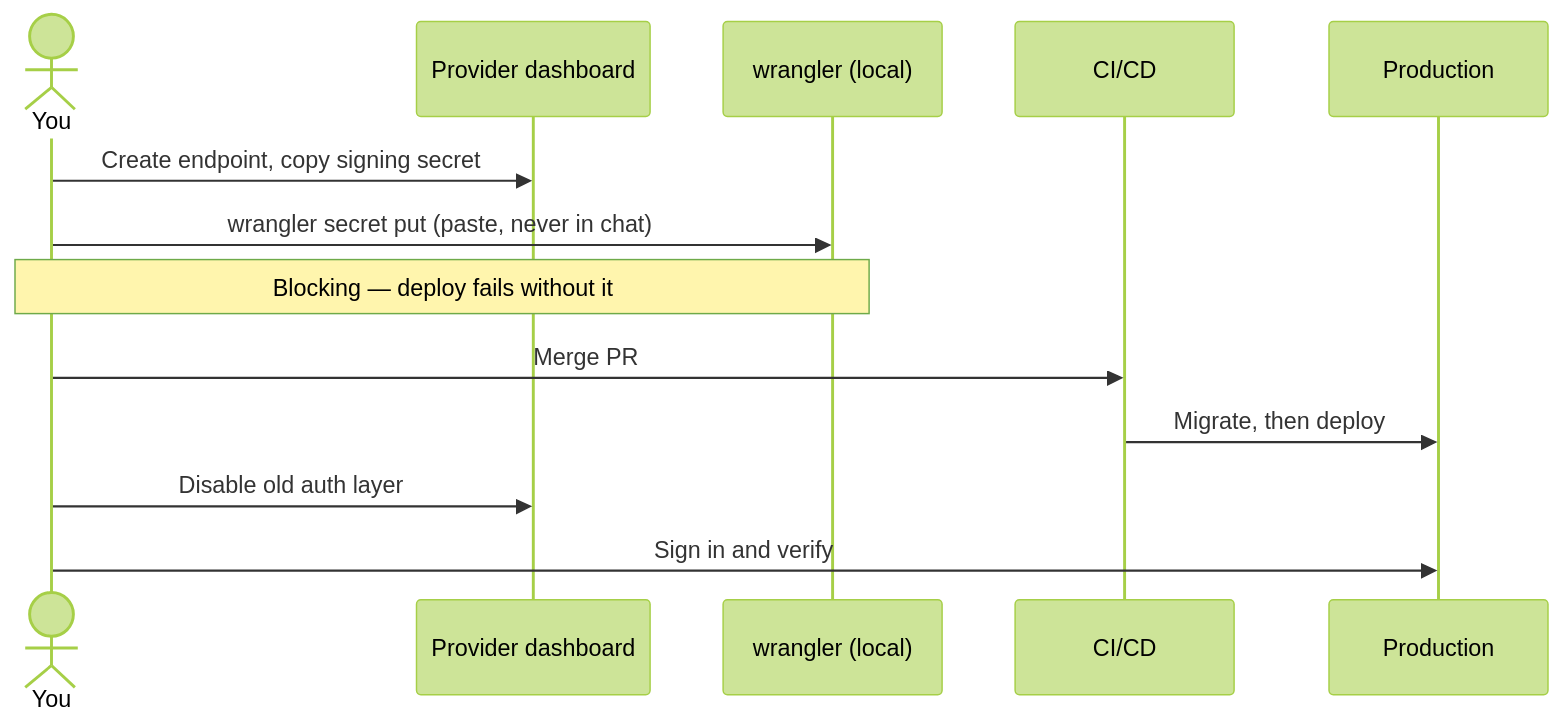
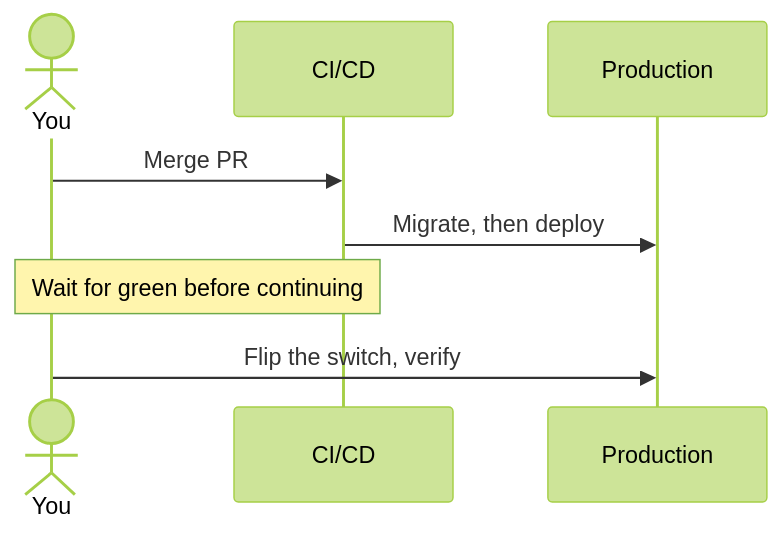
Before and after one commit to gustaw-beznicki/Home-dashboard: the first of 2 diagrams in .claude/skills/manual-steps/SKILL.md, drawn with Mermaid (forest theme). The commit also changed other lines of this file and 2 other files, not shown here.

First line of the commit message:
Make manual-steps write runbooks to a file instead of chat

````diff
--- a/.claude/skills/manual-steps/SKILL.md
+++ b/.claude/skills/manual-steps/SKILL.md
@@ -68,16 +110,11 @@
 ```mermaid
 sequenceDiagram
     actor U as You
-    participant P as Provider dashboard
-    participant CLI as wrangler (local)
     participant CI as CI/CD
     participant Prod as Production
 
-    U->>P: Create endpoint, copy signing secret
-    U->>CLI: wrangler secret put (paste, never in chat)
-    Note over U,CLI: Blocking — deploy fails without it
     U->>CI: Merge PR
     CI->>Prod: Migrate, then deploy
-    U->>P: Disable old auth layer
-    U->>Prod: Sign in and verify
+    Note over U,CI: Wait for green before continuing
+    U->>Prod: Flip the switch, verify
 ```
````
